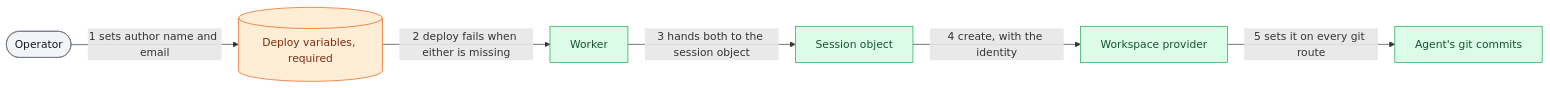
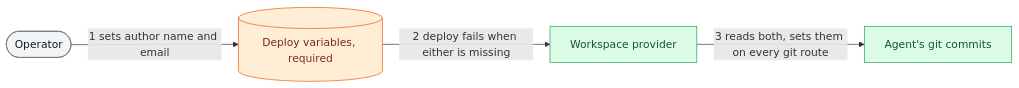
Before and after one commit to asermax/tentacles: the seventh of 9 diagrams in docs/technical-design/workspace.md, drawn with Mermaid. The commit also changed other lines of this file and 9 other files, not shown here.

Commit message:
docs: pair a workspace object in its own Worker with each session and set up the workspace at spawn

````diff
--- a/docs/technical-design/workspace.md
+++ b/docs/technical-design/workspace.md
@@ -198,14 +213,12 @@
 ```mermaid
 flowchart LR
     O(["Operator"]) -->|"1 sets author name and email"| V[("Deploy variables, required")]
-    V -->|"2 deploy fails when either is missing"| W["Worker"]
-    W -->|"3 hands both to the session object"| S["Session object"]
-    S -->|"4 create, with the identity"| P["Workspace provider"]
-    P -->|"5 sets it on every git route"| C["Agent's git commits"]
+    V -->|"2 deploy fails when either is missing"| P["Workspace provider"]
+    P -->|"3 reads both, sets them on every git route"| C["Agent's git commits"]
     classDef ext fill:#f3f4f6,stroke:#6b7280,color:#111827
     classDef mod fill:#dcfce7,stroke:#16a34a,color:#14532d
     classDef store fill:#ffedd5,stroke:#ea580c,color:#7c2d12
     class O ext
-    class W,S,P,C mod
+    class P,C mod
     class V store
 ```
````
